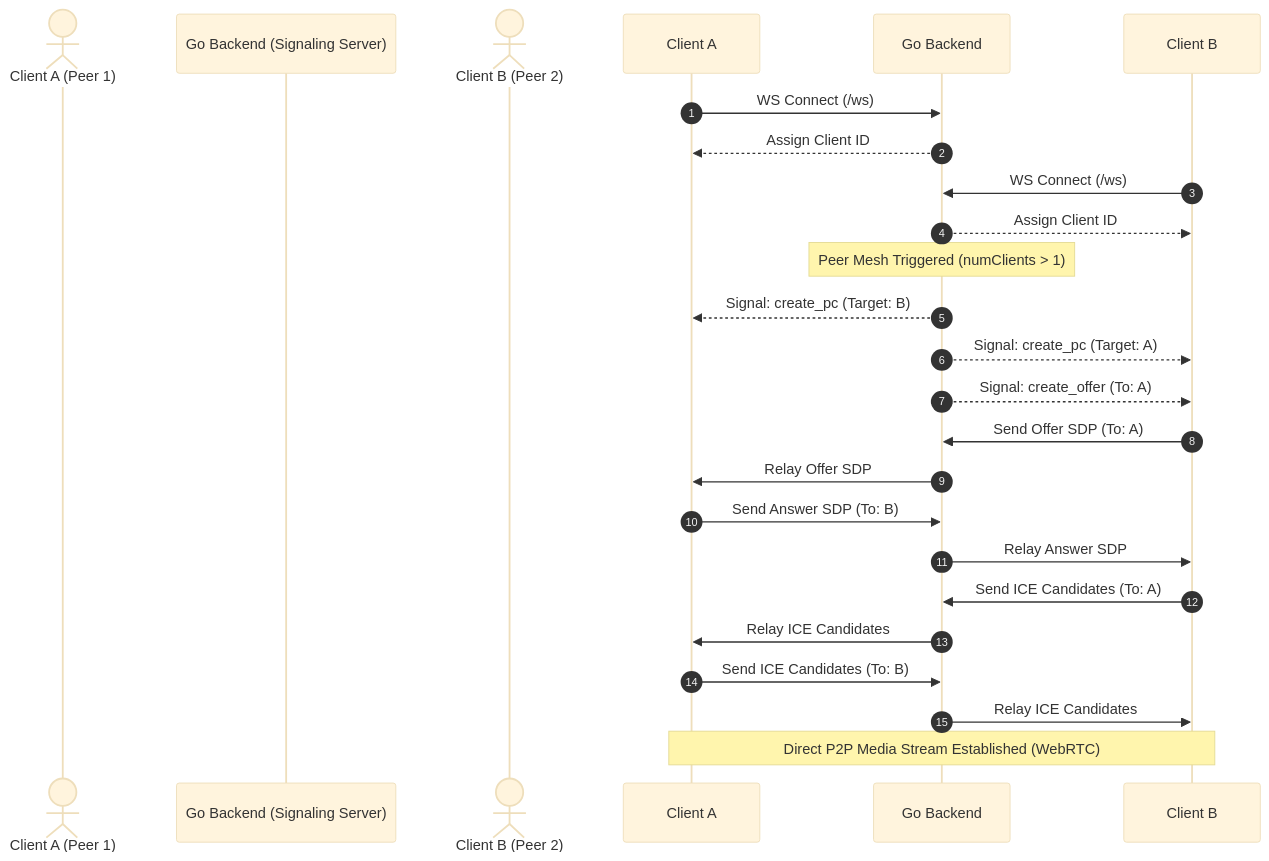
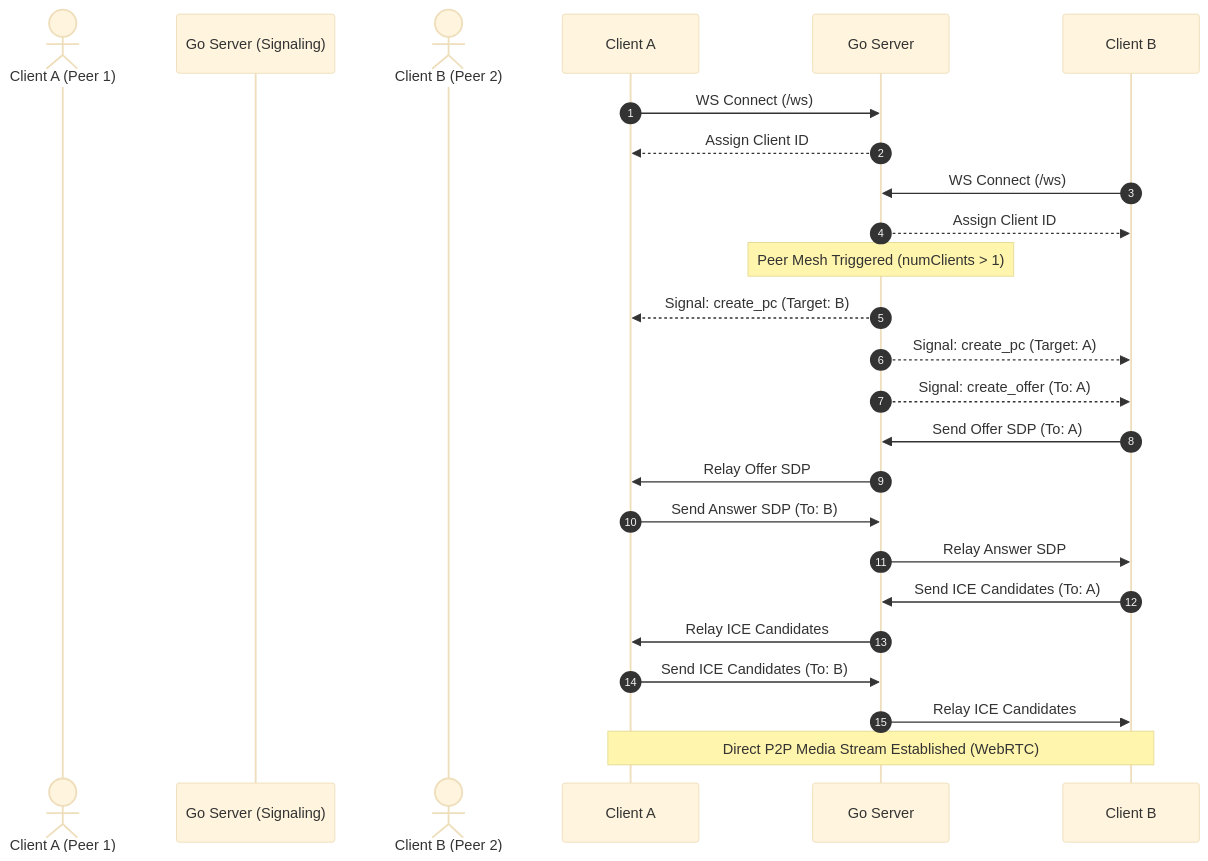
The first of 2 diagrams in README.md (sriyavemuri26/webrtcvideoapp), drawn with Mermaid (base theme) before and after one commit. The commit also changed other lines of this file, not shown here.

Commit message:
added multiple client architecture to README.md

````diff
--- a/README.md
+++ b/README.md
@@ -36,30 +40,30 @@
 ```mermaid
 sequenceDiagram
     autonumber
     actor Client A (Peer 1)
-    participant Go Backend (Signaling Server)
+    participant Go Server (Signaling)
     actor Client B (Peer 2)
- 
-    Client A->>Go Backend: WS Connect (/ws)
-    Go Backend-->>Client A: Assign Client ID
- 
-    Client B->>Go Backend: WS Connect (/ws)
-    Go Backend-->>Client B: Assign Client ID
- 
-    Note over Go Backend: Peer Mesh Triggered (numClients > 1)
-    Go Backend-->>Client A: Signal: create_pc (Target: B)
-    Go Backend-->>Client B: Signal: create_pc (Target: A)
-    Go Backend-->>Client B: Signal: create_offer (To: A)
- 
-    Client B->>Go Backend: Send Offer SDP (To: A)
-    Go Backend->>Client A: Relay Offer SDP
-    Client A->>Go Backend: Send Answer SDP (To: B)
-    Go Backend->>Client B: Relay Answer SDP
- 
-    Client B->>Go Backend: Send ICE Candidates (To: A)
-    Go Backend->>Client A: Relay ICE Candidates
-    Client A->>Go Backend: Send ICE Candidates (To: B)
-    Go Backend->>Client B: Relay ICE Candidates
- 
+
+    Client A->>Go Server: WS Connect (/ws)
+    Go Server-->>Client A: Assign Client ID
+
+    Client B->>Go Server: WS Connect (/ws)
+    Go Server-->>Client B: Assign Client ID
+
+    Note over Go Server: Peer Mesh Triggered (numClients > 1)
+    Go Server-->>Client A: Signal: create_pc (Target: B)
+    Go Server-->>Client B: Signal: create_pc (Target: A)
+    Go Server-->>Client B: Signal: create_offer (To: A)
+
+    Client B->>Go Server: Send Offer SDP (To: A)
+    Go Server->>Client A: Relay Offer SDP
+    Client A->>Go Server: Send Answer SDP (To: B)
+    Go Server->>Client B: Relay Answer SDP
+
+    Client B->>Go Server: Send ICE Candidates (To: A)
+    Go Server->>Client A: Relay ICE Candidates
+    Client A->>Go Server: Send ICE Candidates (To: B)
+    Go Server->>Client B: Relay ICE Candidates
+
     Note over Client A,Client B: Direct P2P Media Stream Established (WebRTC)
 ```
````
